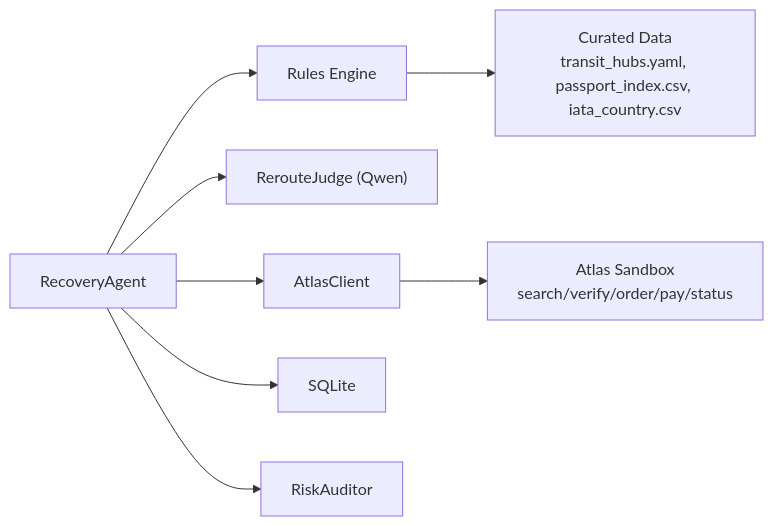
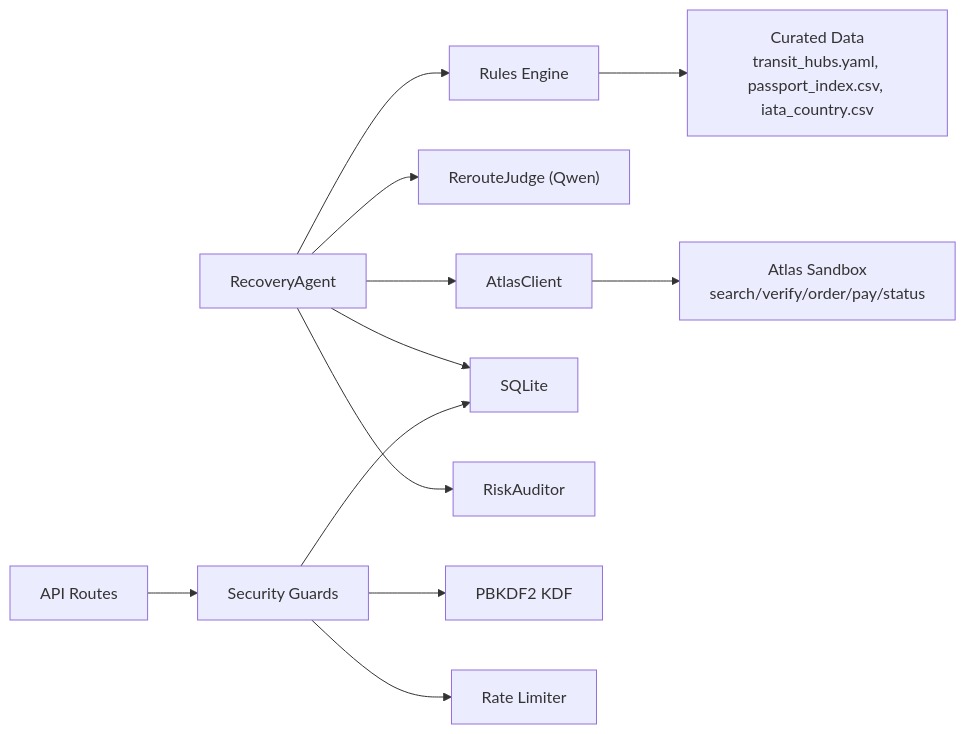
The fourth of 4 diagrams in .qoder/repowiki/en/content/Security & Safety/Security & Safety.md (jaydonnnk/waypoint), drawn with Mermaid before and after one commit. The commit also changed other lines of this file and 14 other files, not shown here.

````diff
--- a/.qoder/repowiki/en/content/Security & Safety/Security & Safety.md
+++ b/.qoder/repowiki/en/content/Security & Safety/Security & Safety.md
@@ -280,10 +367,14 @@
 ```mermaid
 graph LR
 Agent["RecoveryAgent"] --> Rules["Rules Engine"]
 Agent --> Judge["RerouteJudge (Qwen)"]
 Agent --> Atlas["AtlasClient"]
 Agent --> DB["SQLite"]
 Agent --> Auditor["RiskAuditor"]
+Routes["API Routes"] --> Security["Security Guards"]
+Security --> KDF["PBKDF2 KDF"]
+Security --> RateLimit["Rate Limiter"]
+Security --> DB
 Rules --> Data["Curated Data<br/>transit_hubs.yaml, passport_index.csv, iata_country.csv"]
 Atlas --> External["Atlas Sandbox<br/>search/verify/order/pay/status"]
 ```
````
